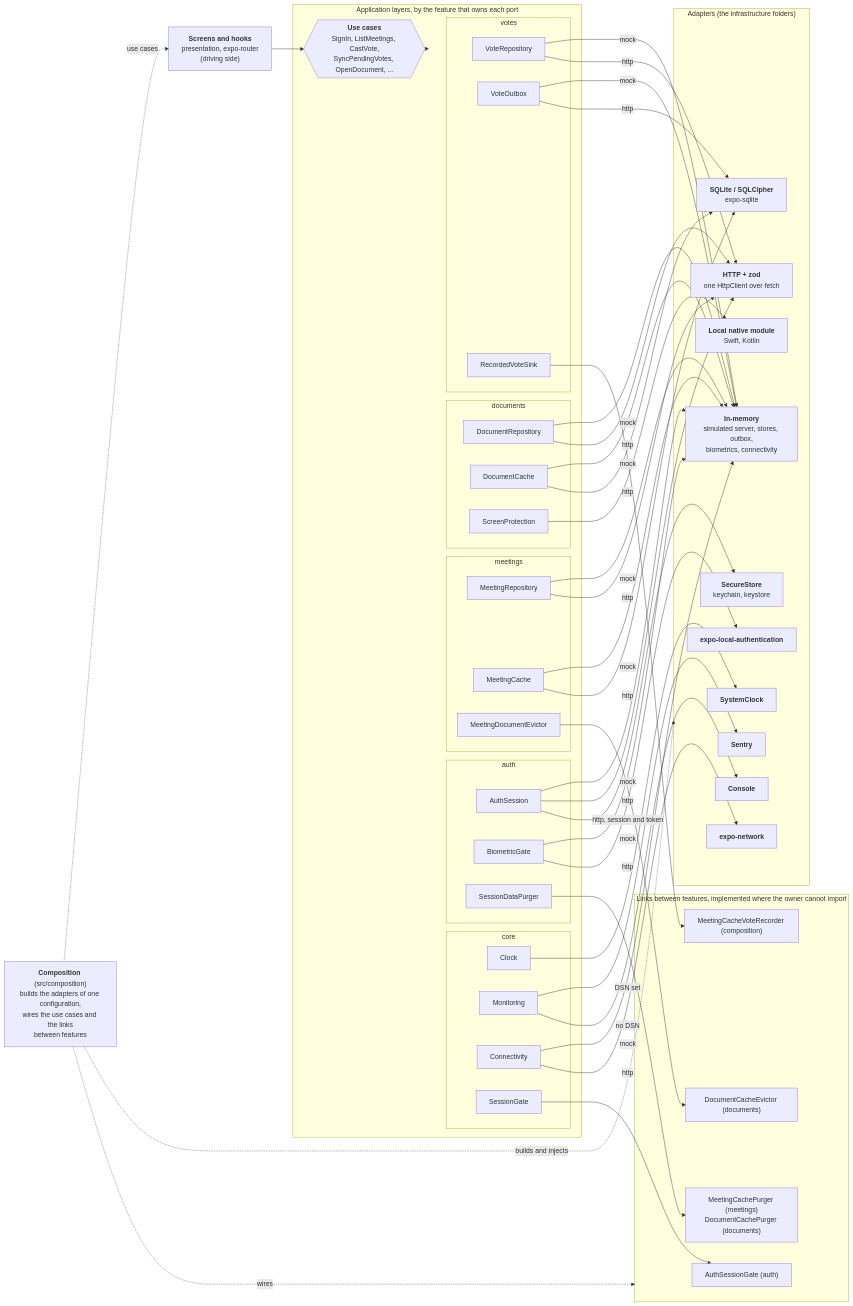
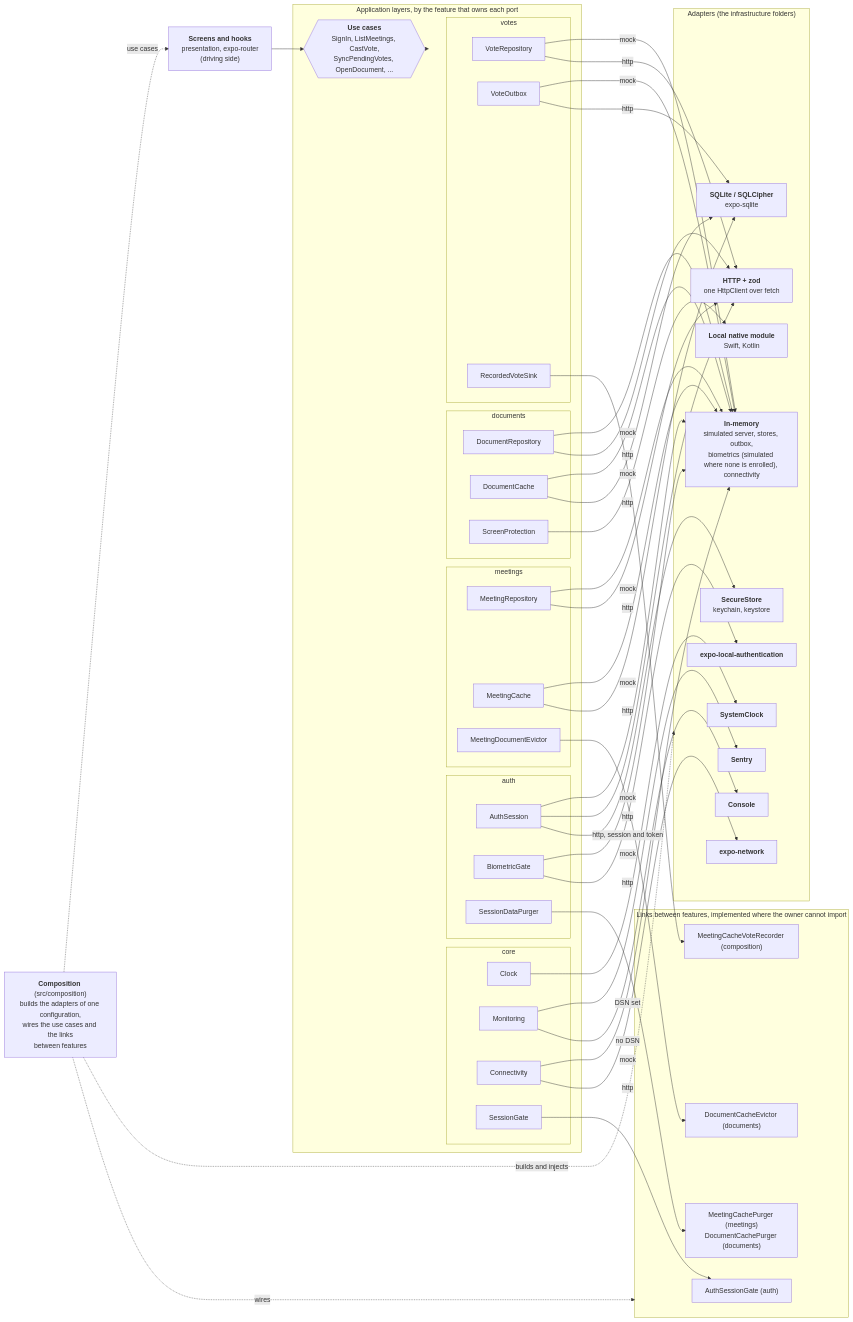
Before and after one commit to Rileyjrjohns/boardroom: the diagram in README.md, drawn with Mermaid. The commit also changed 8 other files, not shown here.

Commit message:
docs: describe the mock biometrics and their effect on the end-to-end flows

````diff
--- a/README.md
+++ b/README.md
@@ -19,77 +19,77 @@
 ```mermaid
 flowchart LR
     screens["<b>Screens and hooks</b><br/>presentation, expo-router<br/>(driving side)"]
     root["<b>Composition</b> (src/composition)<br/>builds the adapters of one configuration,<br/>wires the use cases and the links<br/>between features"]
 
     subgraph app["Application layers, by the feature that owns each port"]
         usecases{{"<b>Use cases</b><br/>SignIn, ListMeetings, CastVote,<br/>SyncPendingVotes, OpenDocument, ..."}}
         subgraph corep["core"]
             CK["Clock"]
             MO["Monitoring"]
             CO["Connectivity"]
             SG["SessionGate"]
         end
         subgraph authp["auth"]
             AS["AuthSession"]
             BG["BiometricGate"]
             SDP["SessionDataPurger"]
         end
         subgraph meetp["meetings"]
             MR["MeetingRepository"]
             MC["MeetingCache"]
             MDE["MeetingDocumentEvictor"]
         end
         subgraph docp["documents"]
             DR["DocumentRepository"]
             DC["DocumentCache"]
             SP["ScreenProtection"]
         end
         subgraph votep["votes"]
             VR["VoteRepository"]
             VO["VoteOutbox"]
             RVS["RecordedVoteSink"]
         end
     end
 
     subgraph adapters["Adapters (the infrastructure folders)"]
-        MEM["<b>In-memory</b><br/>simulated server, stores, outbox,<br/>biometrics, connectivity"]
+        MEM["<b>In-memory</b><br/>simulated server, stores, outbox,<br/>biometrics (simulated where none is enrolled), connectivity"]
         HTTP["<b>HTTP + zod</b><br/>one HttpClient over fetch"]
         SQL["<b>SQLite / SQLCipher</b><br/>expo-sqlite"]
         SEC["<b>SecureStore</b><br/>keychain, keystore"]
         BIO["<b>expo-local-authentication</b>"]
         NET["<b>expo-network</b>"]
         NAT["<b>Local native module</b><br/>Swift, Kotlin"]
         SYS["<b>SystemClock</b>"]
         SEN["<b>Sentry</b>"]
         CON["<b>Console</b>"]
     end
 
     subgraph links["Links between features, implemented where the owner cannot import"]
         AGATE["AuthSessionGate (auth)"]
         PURGE["MeetingCachePurger (meetings)<br/>DocumentCachePurger (documents)"]
         EVICT["DocumentCacheEvictor (documents)"]
         REC["MeetingCacheVoteRecorder (composition)"]
     end
 
     screens --> usecases
     usecases --> app
     root -. "use cases" .-> screens
     root -. "builds and injects" .-> adapters
     root -. "wires" .-> links
 
     SG --> AGATE
     SDP --> PURGE
     MDE --> EVICT
     RVS --> REC
 
     MR & DR & VR & AS & MC & DC & VO & BG & CO -->|mock| MEM
     MR & DR & VR & AS -->|http| HTTP
     AS -->|http, session and token| SEC
     MC & DC & VO -->|http| SQL
     BG -->|http| BIO
     CO -->|http| NET
     SP --> NAT
     CK --> SYS
     MO -->|DSN set| SEN
     MO -->|no DSN| CON
 ```
````
